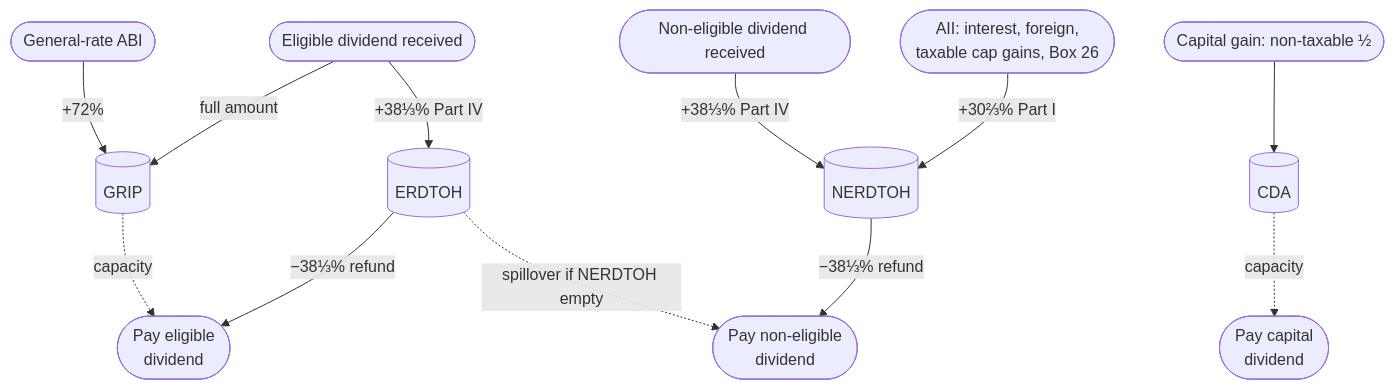
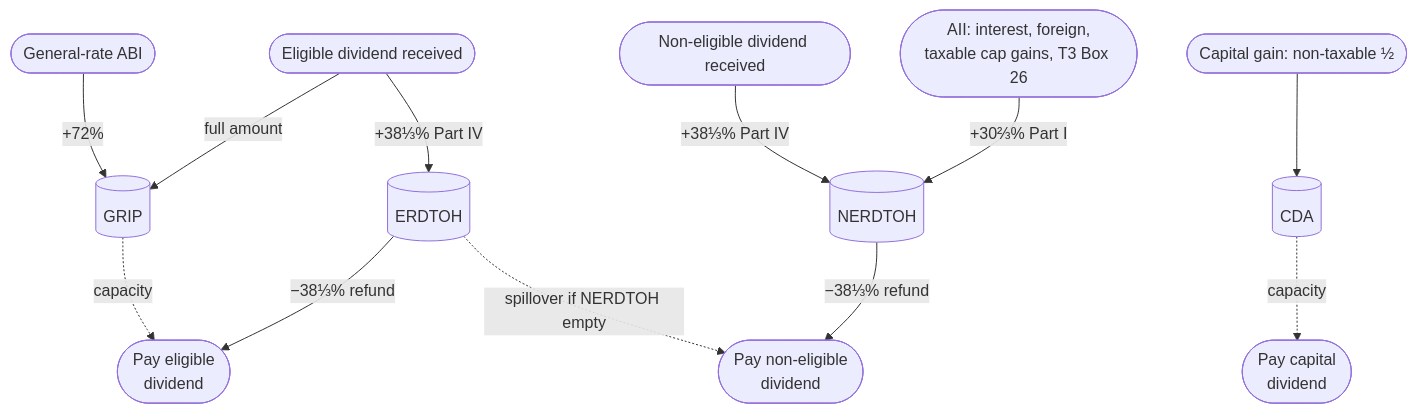
Before and after one commit to alexoooo/canadian-corp-info: the second of 3 diagrams in guide/Concept-Map.md, drawn with Mermaid. The commit also changed other lines of this file and 1 other file, not shown here.

````diff
--- a/guide/Concept-Map.md
+++ b/guide/Concept-Map.md
@@ -100,30 +87,30 @@
 ```mermaid
 flowchart TB
     GENABI(["General-rate ABI"])
     DivE(["Eligible dividend received"])
     DivNE(["Non-eligible dividend received"])
-    AII(["AII: interest, foreign,<br/>taxable cap gains, Box 26"])
+    AII(["AII: interest, foreign,<br/>taxable cap gains, T3 Box 26"])
     CapGain(["Capital gain: non-taxable ½"])
 
     GRIP[("GRIP")]
     CDA[("CDA")]
     ERDTOH[("ERDTOH")]
     NERDTOH[("NERDTOH")]
 
     PayE(["Pay eligible<br/>dividend"])
     PayNE(["Pay non-eligible<br/>dividend"])
     PayC(["Pay capital<br/>dividend"])
 
     GENABI -->|+72%| GRIP
     DivE -->|full amount| GRIP
     DivE -->|+38⅓% Part IV| ERDTOH
     DivNE -->|+38⅓% Part IV| NERDTOH
     AII -->|+30⅔% Part I| NERDTOH
     CapGain --> CDA
 
     GRIP -.->|capacity| PayE
     ERDTOH -->|−38⅓% refund| PayE
     NERDTOH -->|−38⅓% refund| PayNE
     ERDTOH -.->|spillover if NERDTOH empty| PayNE
     CDA -.->|capacity| PayC
 ```
````
